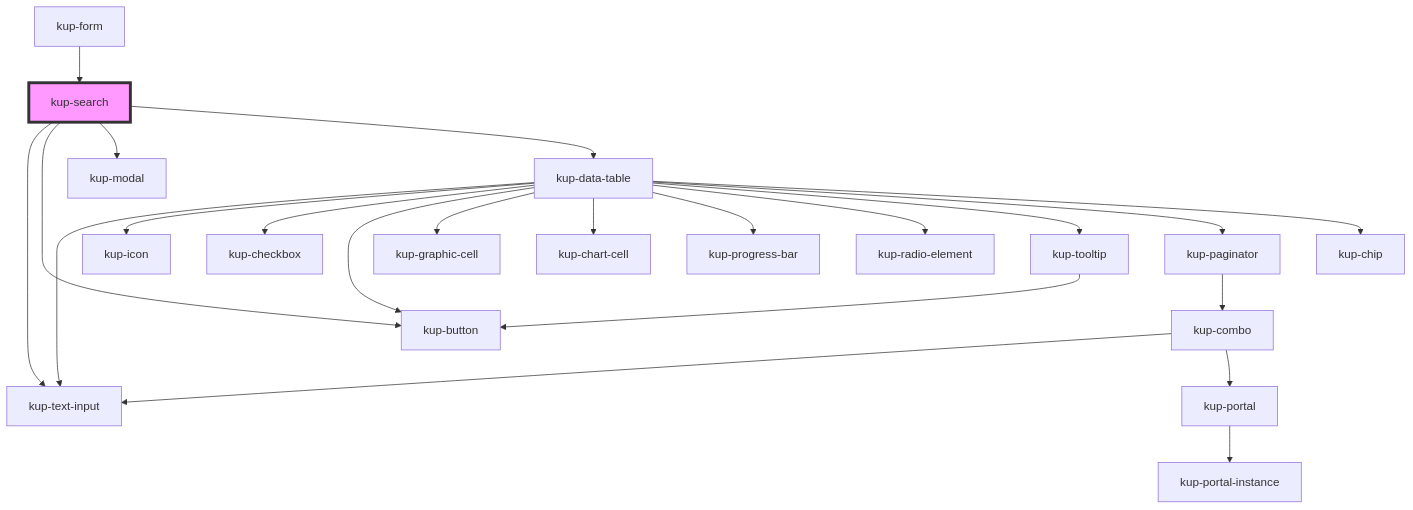
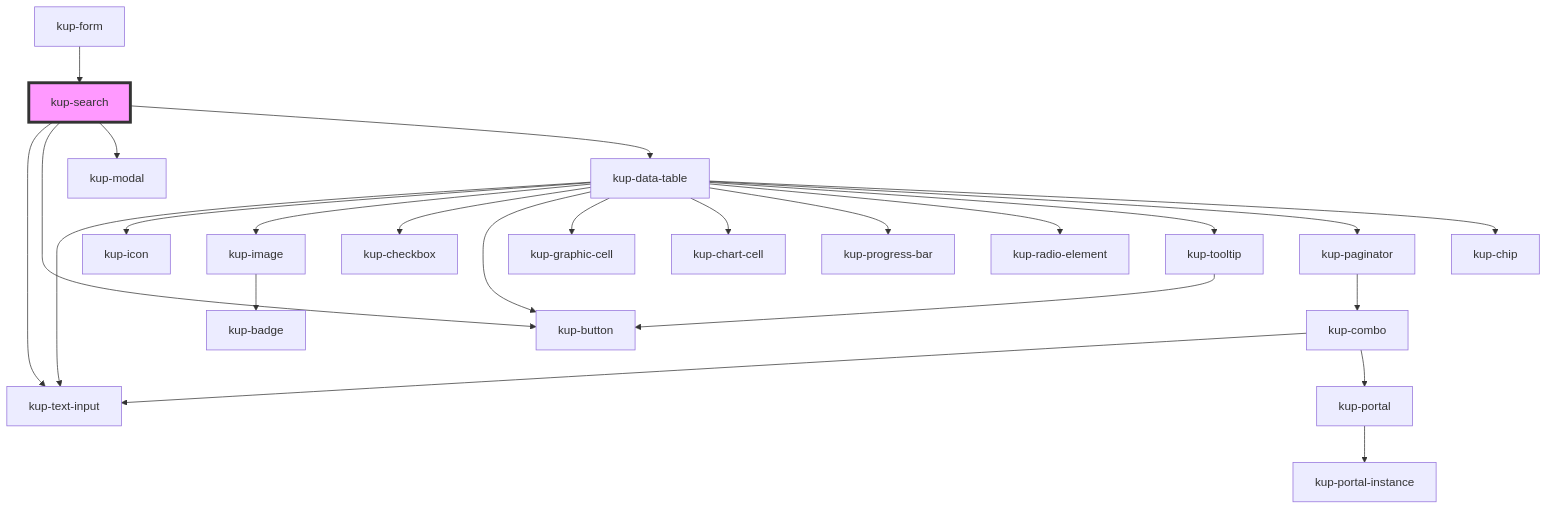
Before and after one commit to smeup/ketchup: the diagram in packages/ketchup/src/components/kup-search/readme.md, drawn with Mermaid. The commit also changed 4 other files, not shown here.

````diff
--- a/packages/ketchup/src/components/kup-search/readme.md
+++ b/packages/ketchup/src/components/kup-search/readme.md
@@ -43,25 +43,27 @@
 ```mermaid
 graph TD;
   kup-search --> kup-text-input
   kup-search --> kup-button
   kup-search --> kup-modal
   kup-search --> kup-data-table
   kup-data-table --> kup-text-input
   kup-data-table --> kup-icon
+  kup-data-table --> kup-image
   kup-data-table --> kup-checkbox
   kup-data-table --> kup-button
   kup-data-table --> kup-graphic-cell
   kup-data-table --> kup-chart-cell
   kup-data-table --> kup-progress-bar
   kup-data-table --> kup-radio-element
   kup-data-table --> kup-tooltip
   kup-data-table --> kup-paginator
   kup-data-table --> kup-chip
+  kup-image --> kup-badge
   kup-tooltip --> kup-button
   kup-paginator --> kup-combo
   kup-combo --> kup-text-input
   kup-combo --> kup-portal
   kup-portal --> kup-portal-instance
   kup-form --> kup-search
   style kup-search fill:#f9f,stroke:#333,stroke-width:4px
 ```
````
